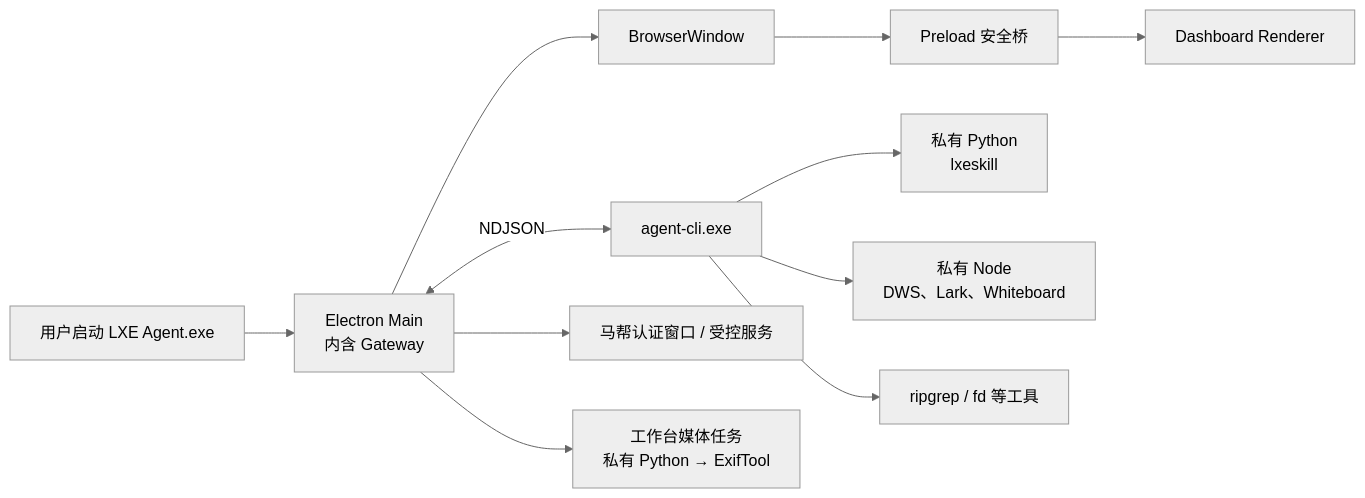
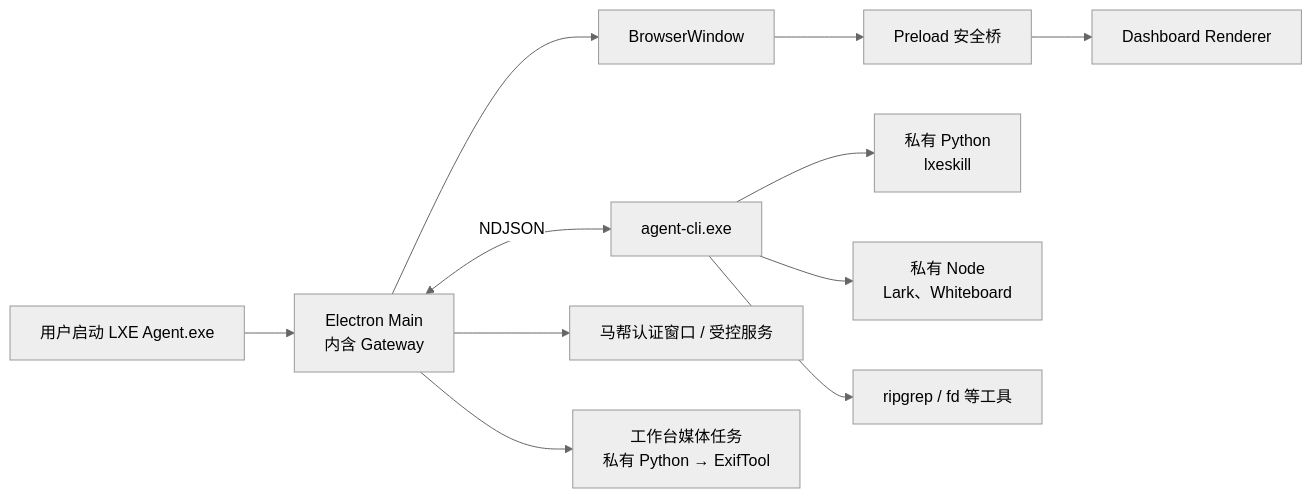
Before and after one commit to Arsenal20262/LXE_AGENT: the second of 2 diagrams in docs/desktop/packaging-pipeline.md, drawn with Mermaid (neutral theme). The commit also changed other lines of this file and 8 other files, not shown here.

````diff
--- a/docs/desktop/packaging-pipeline.md
+++ b/docs/desktop/packaging-pipeline.md
@@ -363,13 +363,13 @@
 ```mermaid
 flowchart LR
     USER["用户启动 LXE Agent.exe"] --> MAIN["Electron Main<br/>内含 Gateway"]
     MAIN --> WINDOW["BrowserWindow"]
     WINDOW --> PRELOAD["Preload 安全桥"]
     PRELOAD --> UI["Dashboard Renderer"]
     MAIN <-->|"NDJSON"| AGENT["agent-cli.exe"]
     AGENT --> PY["私有 Python<br/>lxeskill"]
-    AGENT --> NODE["私有 Node<br/>DWS、Lark、Whiteboard"]
+    AGENT --> NODE["私有 Node<br/>Lark、Whiteboard"]
     AGENT --> TOOLS["ripgrep / fd 等工具"]
     MAIN --> AUTH["马帮认证窗口 / 受控服务"]
     MAIN --> MEDIA["工作台媒体任务<br/>私有 Python → ExifTool"]
 ```
````
